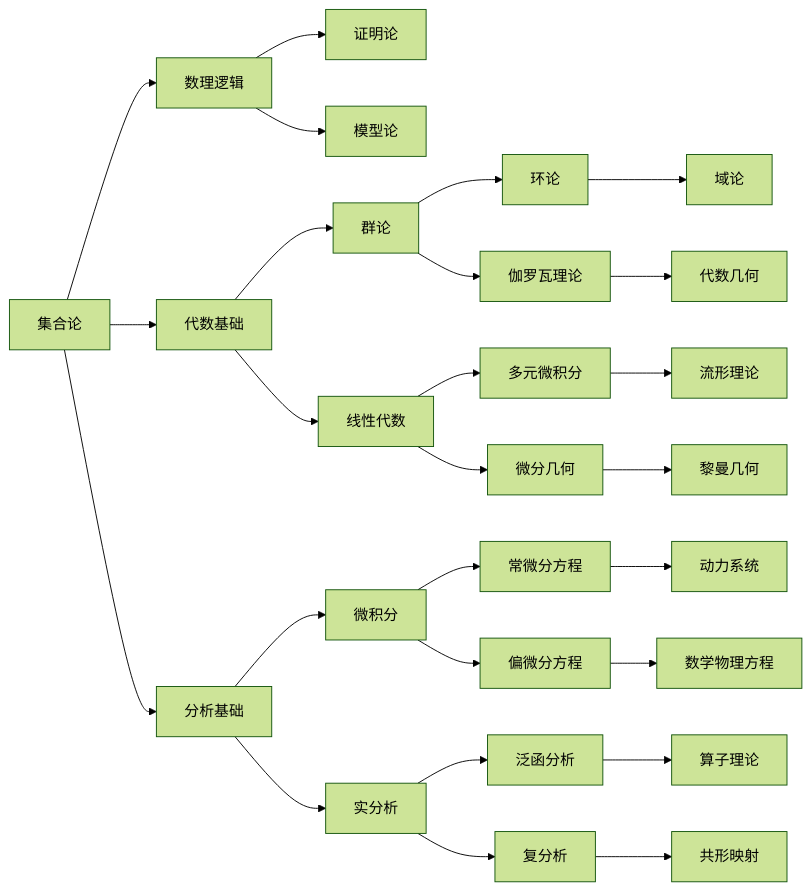
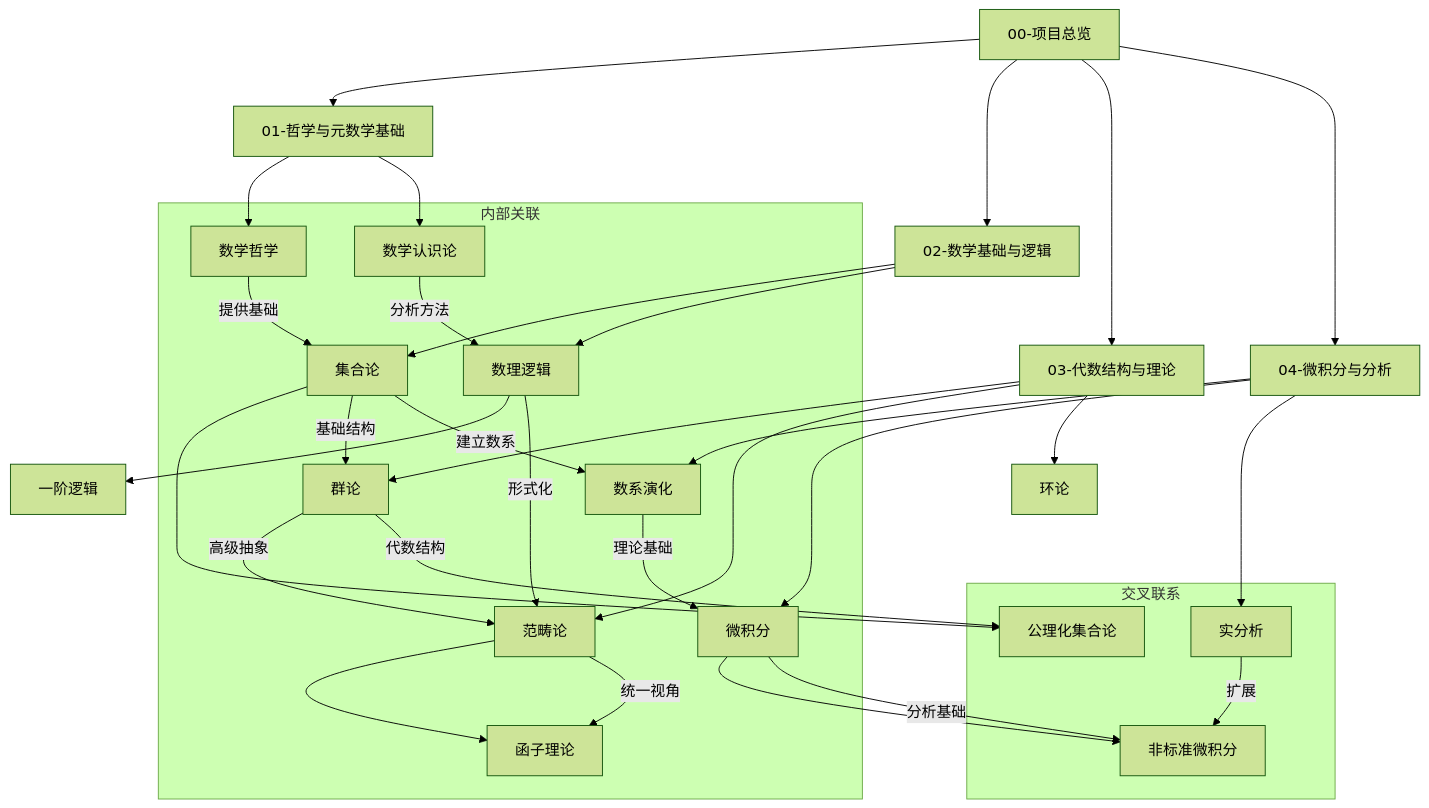
One commit to AdaMartin18010/Mathematics changed the third of 3 diagrams in Math/Refactor/00-项目总览/02-知识图谱.md. Above: the diagram before and after it, drawn with Mermaid (forest theme). The commit also changed other lines of this file and 8 other files, not shown here.

````diff
--- a/Math/Refactor/00-项目总览/02-知识图谱.md
+++ b/Math/Refactor/00-项目总览/02-知识图谱.md
@@ -286,39 +184,38 @@
 ```mermaid
-graph LR
-    A[集合论] --> B[数理逻辑]
-    A --> C[代数基础]
-    A --> D[分析基础]
+graph TD
+    A[00-项目总览] --> B[01-哲学与元数学基础]
+    A --> C[02-数学基础与逻辑]
+    A --> D[03-代数结构与理论]
+    A --> E[04-微积分与分析]
+    B --> F[数学哲学]
+    B --> G[数学认识论]
+    C --> H[集合论]
+    C --> I[数理逻辑]
+    D --> J[群论]
+    D --> K[环论]
+    D --> L[范畴论]
+    E --> M[数系演化]
+    E --> N[微积分]
+    E --> O[实分析]
+    H --> P[公理化集合论]
+    I --> Q[一阶逻辑]
+    L --> R[函子理论]
+    N --> S[非标准微积分]
     
-    B --> E[证明论]
-    B --> F[模型论]
+    subgraph "内部关联"
+        F -- "提供基础" --> H
+        G -- "分析方法" --> I
+        H -- "基础结构" --> J
+        J -- "高级抽象" --> L
+        H -- "建立数系" --> M
+        M -- "理论基础" --> N
+        L -- "统一视角" --> R
+    end
     
-    C --> G[群论]
-    C --> H[线性代数]
-    
-    D --> I[微积分]
-    D --> J[实分析]
-    
-    G --> K[环论]
-    G --> L[伽罗瓦理论]
-    
-    H --> M[多元微积分]
-    H --> N[微分几何]
-    
-    I --> O[常微分方程]
-    I --> P[偏微分方程]
-    
-    J --> Q[泛函分析]
-    J --> R[复分析]
-    
-    K --> S[域论]
-    L --> T[代数几何]
-    
-    M --> U[流形理论]
-    N --> V[黎曼几何]
-    
-    O --> W[动力系统]
-    P --> X[数学物理方程]
-    
-    Q --> Y[算子理论]
-    R --> Z[共形映射]
+    subgraph "交叉联系"
+        J -- "代数结构" --> P
+        I -- "形式化" --> L
+        N -- "分析基础" --> S
+        O -- "扩展" --> S
+    end
 ```
````
